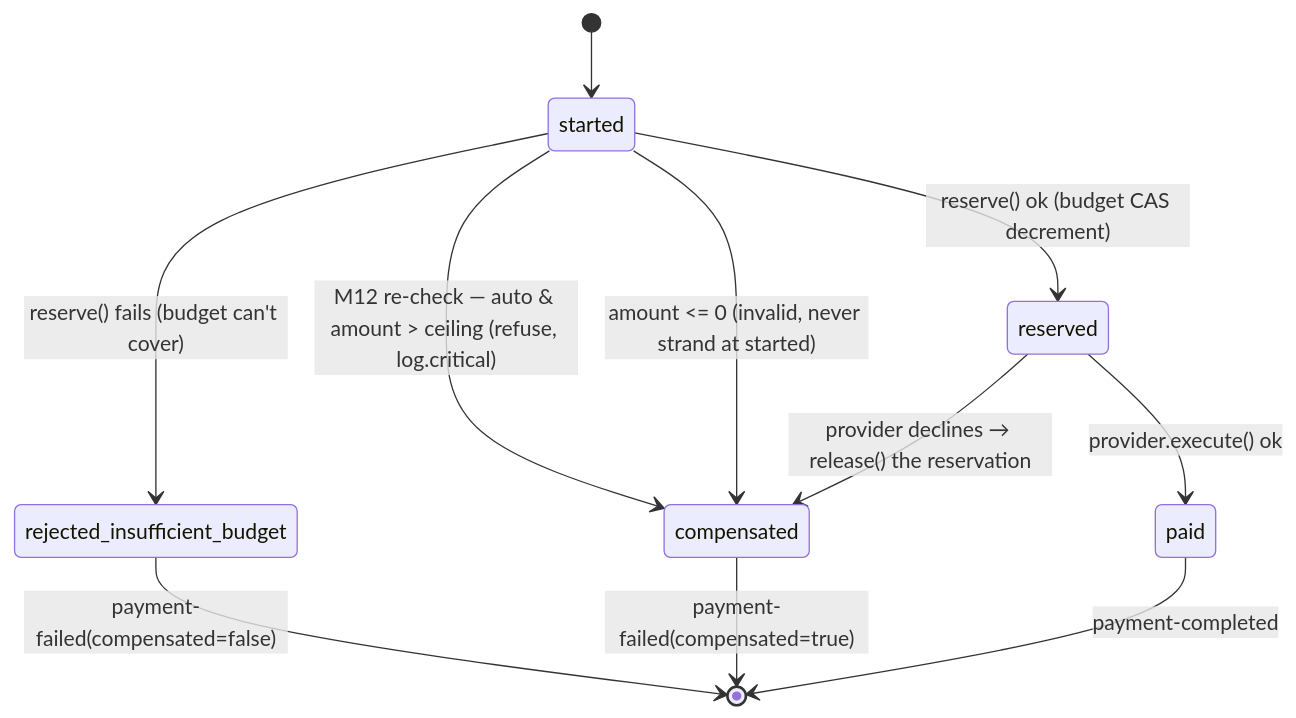
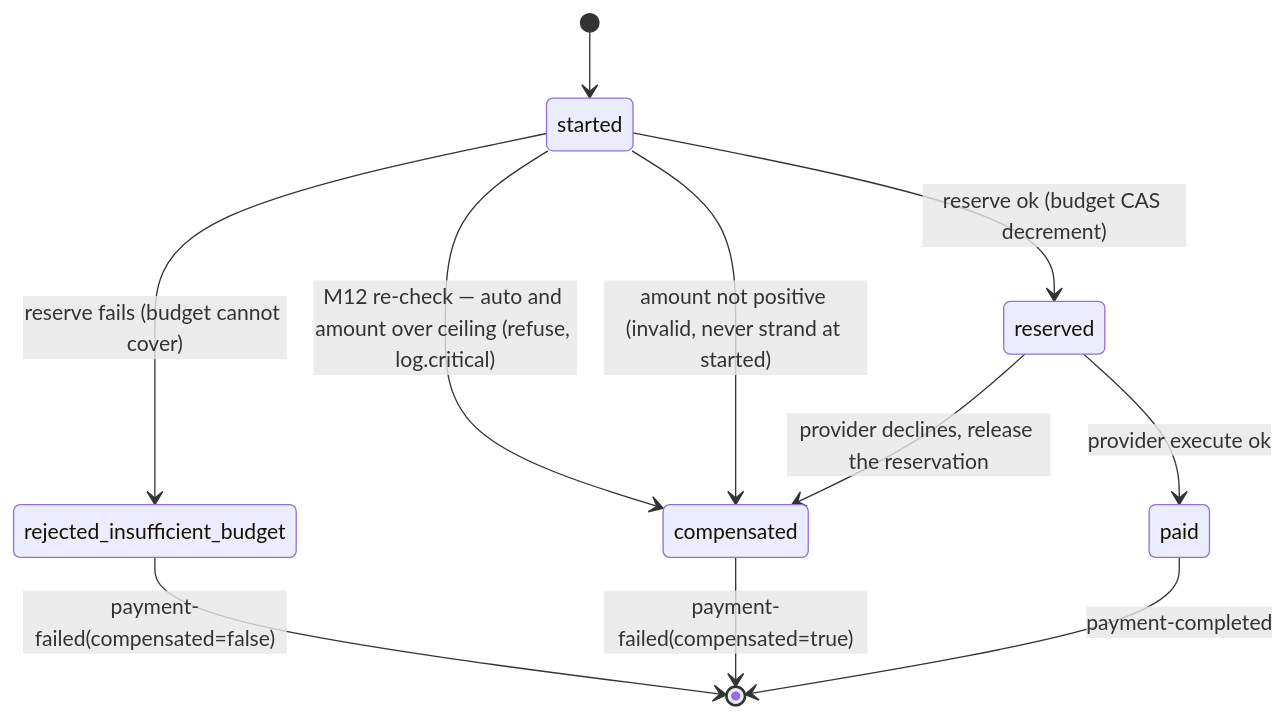
One commit to DanielSakhnovich/approvalflow changed the third of 3 diagrams in ARCHITECTURE.md. Above: the diagram before and after it, drawn with Mermaid. The commit also changed 1 other file, not shown here.

Commit message:
fix(verify): close Journey D vacuous-pass window; harden diagram + harness (review)
- verify.sh: Journey D required ENG_BEFORE to be a real integer before trusting
  the before==after budget equality — an unreachable budgets endpoint at both
  samples would otherwise make both empty and `[ "" = "" ]` pass on no evidence.
- verify.sh: count INV-1001 toward anti-cheese (a) only when route=auto_approve
  (matches the other guard fixtures); single ceiling-compliance fetch read twice;
  teardown via EXIT trap so Ctrl-C mid-run also tears down. Re-ran cold: 7/7 PASS.
- ARCHITECTURE.md: reword payment-saga stateDiagram labels off raw >, <=, & so
  stricter Mermaid parsers render the D1 diagram reliably.

````diff
--- a/ARCHITECTURE.md
+++ b/ARCHITECTURE.md
@@ -119,13 +119,13 @@
 ```mermaid
 stateDiagram-v2
     [*] --> started
-    started --> rejected_insufficient_budget: reserve() fails (budget can't cover)
-    started --> compensated: M12 re-check — auto & amount > ceiling (refuse, log.critical)
-    started --> compensated: amount <= 0 (invalid, never strand at started)
-    started --> reserved: reserve() ok (budget CAS decrement)
-    reserved --> paid: provider.execute() ok
-    reserved --> compensated: provider declines → release() the reservation
+    started --> rejected_insufficient_budget: reserve fails (budget cannot cover)
+    started --> compensated: M12 re-check — auto and amount over ceiling (refuse, log.critical)
+    started --> compensated: amount not positive (invalid, never strand at started)
+    started --> reserved: reserve ok (budget CAS decrement)
+    reserved --> paid: provider execute ok
+    reserved --> compensated: provider declines, release the reservation
     rejected_insufficient_budget --> [*]: payment-failed(compensated=false)
     compensated --> [*]: payment-failed(compensated=true)
     paid --> [*]: payment-completed
 ```
````
